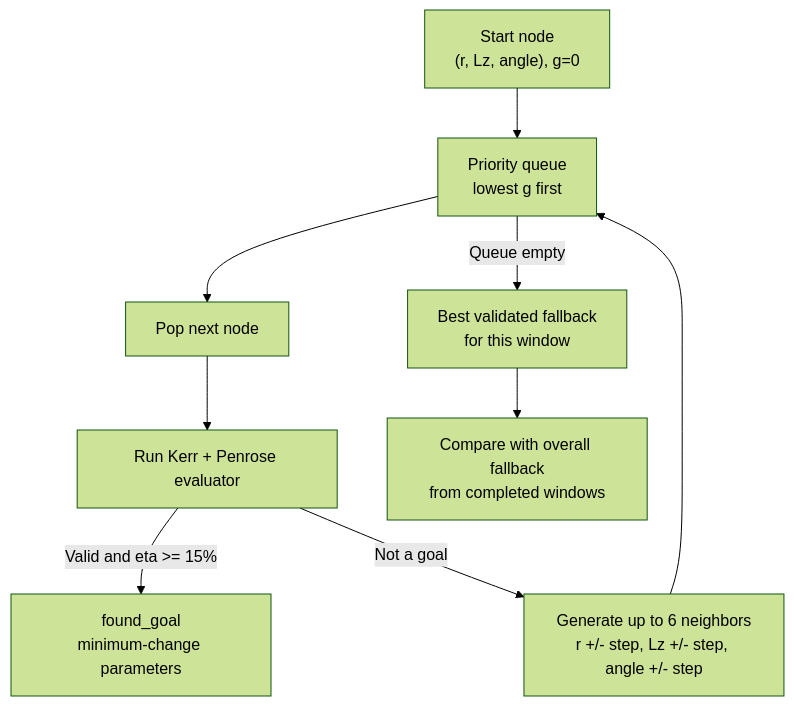
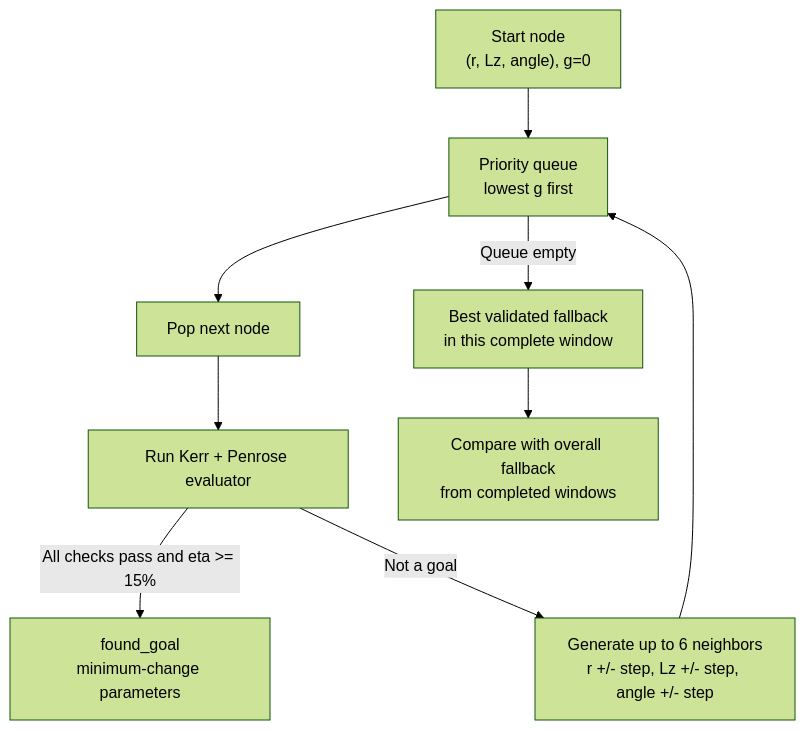
Before and after one commit to rogerrrmalcolm/Energy-Conversion-Simulator: the second of 2 diagrams in README.md, drawn with Mermaid (forest theme). The commit also changed other lines of this file and 1 other file, not shown here.

````diff
--- a/README.md
+++ b/README.md
@@ -30,11 +220,11 @@
 ```mermaid
 flowchart TD
     S["Start node<br/>(r, Lz, angle), g=0"] --> Q["Priority queue<br/>lowest g first"]
     Q --> P["Pop next node"]
     P --> E["Run Kerr + Penrose evaluator"]
-    E -->|"Valid and eta >= 15%"| G["found_goal<br/>minimum-change parameters"]
+    E -->|"All checks pass and eta >= 15%"| G["found_goal<br/>minimum-change parameters"]
     E -->|"Not a goal"| N["Generate up to 6 neighbors<br/>r +/- step, Lz +/- step, angle +/- step"]
     N --> Q
-    Q -->|"Queue empty"| F["Best validated fallback<br/>for this window"]
-    F --> A["Compare with overall fallback<br/>from completed windows"]
+    Q -->|"Queue empty"| F["Best validated fallback<br/>in this complete window"]
+    F --> C["Compare with overall fallback<br/>from completed windows"]
 ```
````
